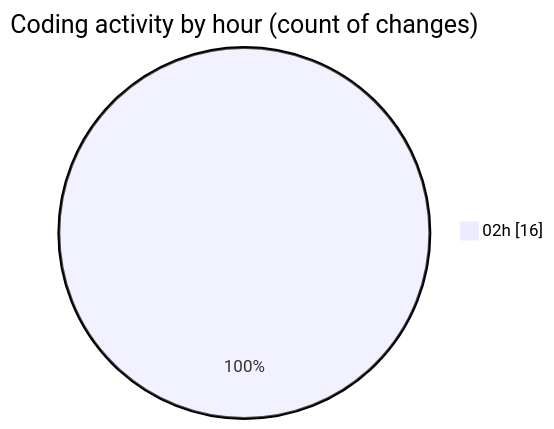
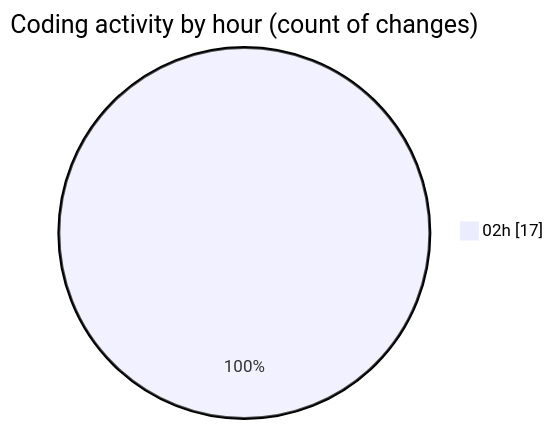
Before and after one commit to charlie-sans/code-tracking: the second of 2 diagrams in 2025-02-22/micros/README.md, drawn with Mermaid. The commit also changed other lines of this file and 1 other file, not shown here.

````diff
--- a/2025-02-22/micros/README.md
+++ b/2025-02-22/micros/README.md
@@ -32,5 +32,5 @@
 ```mermaid
 pie showData
 title Coding activity by hour (count of changes)
-"02h" : 16
+"02h" : 17
 ```
````
